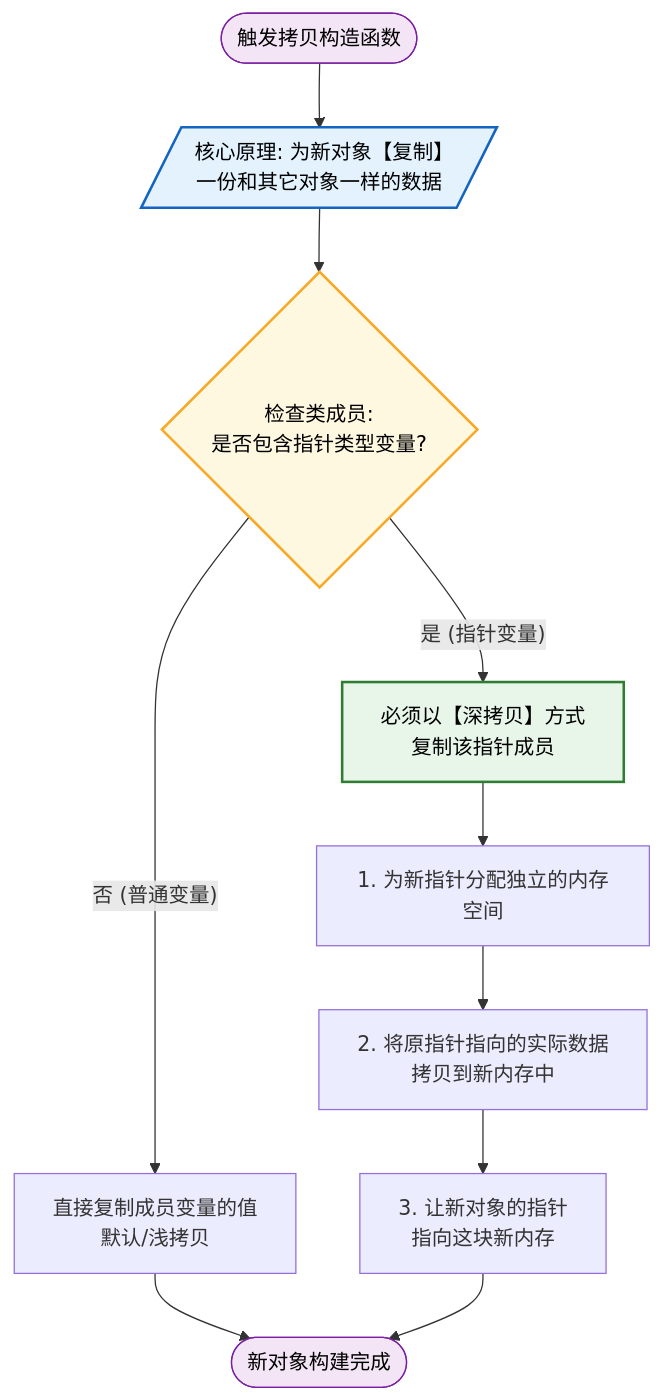
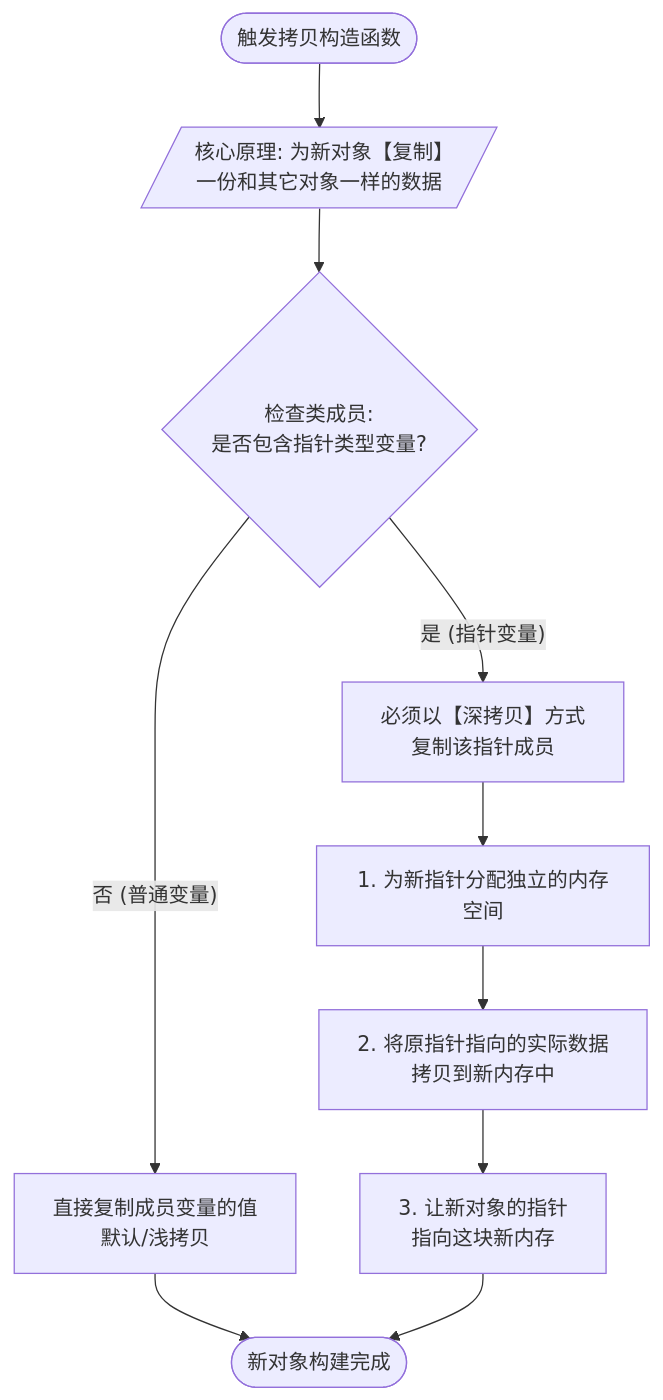
The diagram in _posts/c_c++/c++/modern_c++/2022-10-26-移动语义.md (dmjcb/dmjcb.github.io), drawn with Mermaid before and after one commit. The commit also changed 16 other files, not shown here.

````diff
--- a/_posts/c_c++/c++/modern_c++/2022-10-26-移动语义.md
+++ b/_posts/c_c++/c++/modern_c++/2022-10-26-移动语义.md
@@ -15,23 +15,16 @@
 ```mermaid
 graph TD
     Start([触发拷贝构造函数]) --> Principle[/核心原理: 为新对象【复制】一份和其它对象一样的数据/]
     
     Principle --> Check{检查类成员:<br/>是否包含指针类型变量?}
     
     Check -- 否 (普通变量) --> NormalCopy[直接复制成员变量的值<br/>默认/浅拷贝]
     Check -- 是 (指针变量) --> DeepCopy[必须以【深拷贝】方式<br/>复制该指针成员]
     
     DeepCopy --> Step1[1. 为新指针分配独立的内存空间]
     Step1 --> Step2[2. 将原指针指向的实际数据<br/>拷贝到新内存中]
     Step2 --> Step3[3. 让新对象的指针<br/>指向这块新内存]
     
     NormalCopy --> End([新对象构建完成])
     Step3 --> End
-
-    %% 样式美化
-    style Principle fill:#e3f2fd,stroke:#1565c0,stroke-width:2px,color:#000
-    style Check fill:#fff8e1,stroke:#f9a825,stroke-width:2px,color:#000
-    style DeepCopy fill:#e8f5e9,stroke:#2e7d32,stroke-width:2px,color:#000
-    style Start fill:#f3e5f5,stroke:#7b1fa2,color:#000
-    style End fill:#f3e5f5,stroke:#7b1fa2,color:#000
 ```
````
